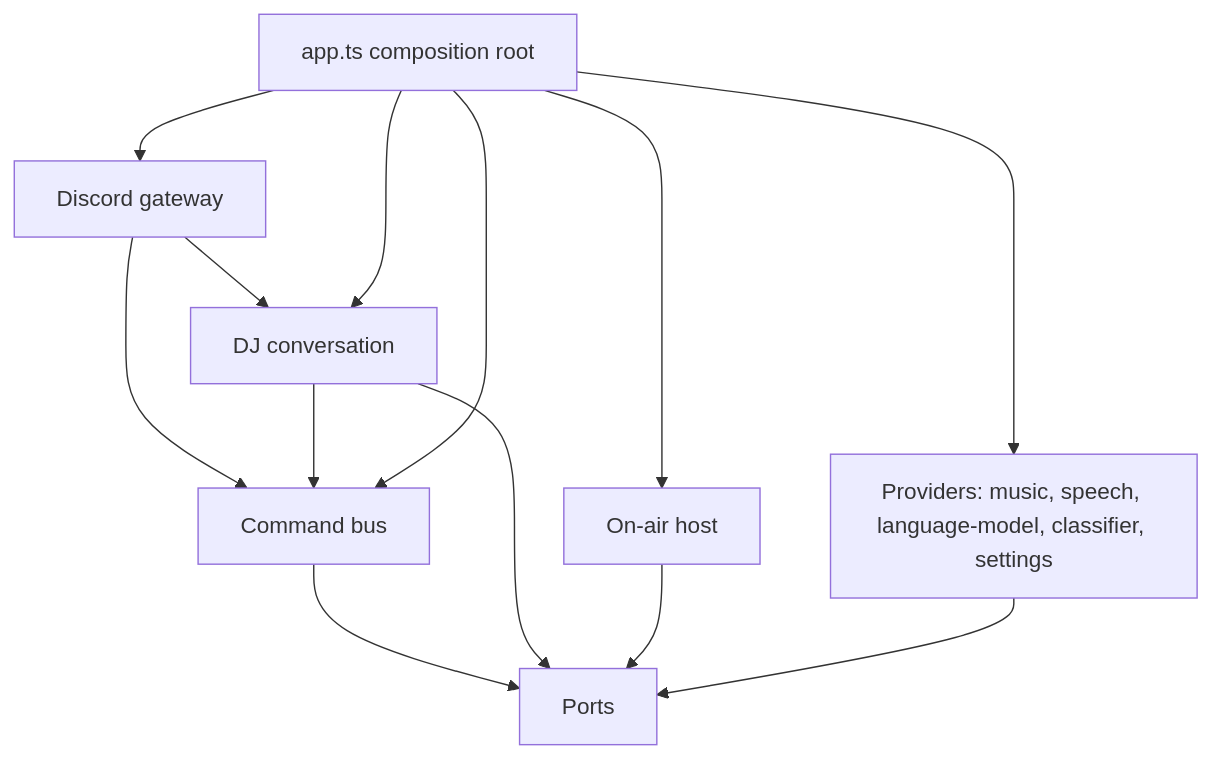
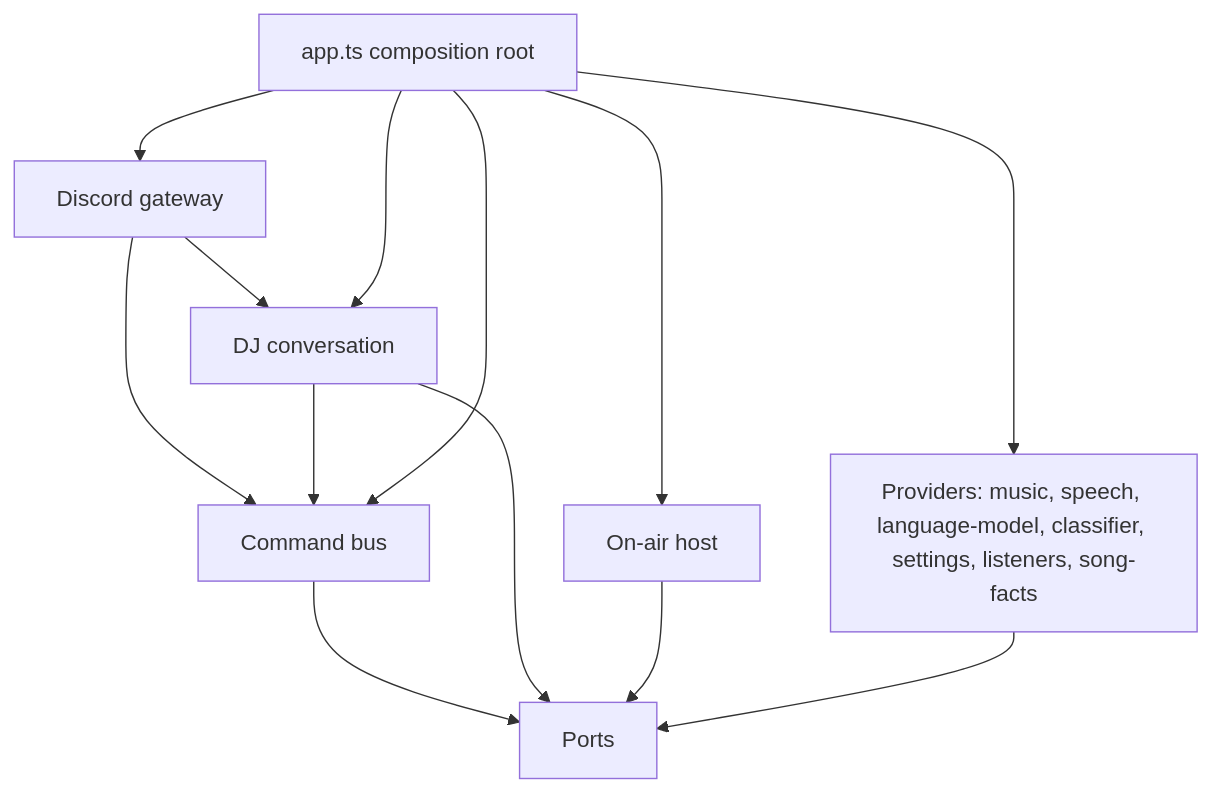
One commit to tsu-ld/dj changed the first of 2 diagrams in docs/architecture.md. Above: the diagram before and after it, drawn with Mermaid. The commit also changed other lines of this file and 117 other files, not shown here.

````diff
--- a/docs/architecture.md
+++ b/docs/architecture.md
@@ -7,15 +7,15 @@
 ```mermaid
 flowchart TD
   Gateway[Discord gateway] --> Commands[Command bus]
   Gateway --> DJ[DJ conversation]
   Commands --> Ports[Ports]
   DJ --> Commands
   DJ --> Ports
   OnAir[On-air host] --> Ports
   App[app.ts composition root] --> Gateway
   App --> Commands
   App --> DJ
   App --> OnAir
-  Providers[Providers: music, speech, language-model, classifier, settings] --> Ports
+  Providers[Providers: music, speech, language-model, classifier, settings, listeners, song-facts] --> Ports
   App --> Providers
 ```
````
